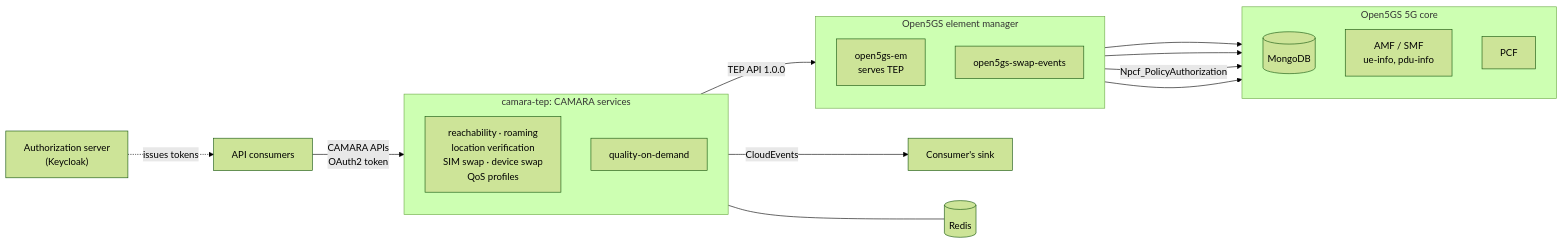
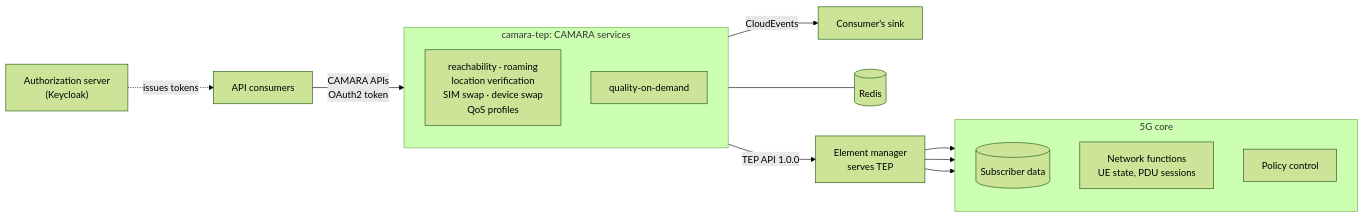
Before and after one commit to p-NET-Emerging-Networks-Verticals/tep-architecture: the diagram in README.md, drawn with Mermaid (forest theme). The commit also changed other lines of this file and 6 other files, not shown here.

First line of the commit message:
Make docs core-agnostic and move Open5GS details to their own page

````diff
--- a/README.md
+++ b/README.md
@@ -18,36 +18,31 @@
 ```mermaid
 flowchart LR
     consumer["API consumers"]
     sink["Consumer's sink"]
     keycloak["Authorization server<br/>(Keycloak)"]
 
     subgraph camara["camara-tep: CAMARA services"]
         direction TB
         reads["reachability · roaming<br/>location verification<br/>SIM swap · device swap<br/>QoS profiles"]
         qod["quality-on-demand"]
     end
     redis[("Redis")]
 
-    subgraph em5gc["Open5GS element manager"]
+    em["Element manager<br/>serves TEP"]
+
+    subgraph core["5G core"]
         direction TB
-        em["open5gs-em<br/>serves TEP"]
-        swap["open5gs-swap-events"]
-    end
-
-    subgraph core["Open5GS 5G core"]
-        direction TB
-        mongo[("MongoDB")]
-        amf["AMF / SMF<br/>ue-info, pdu-info"]
-        pcf["PCF"]
+        data[("Subscriber data")]
+        nfs["Network functions<br/>UE state, PDU sessions"]
+        pcf["Policy control"]
     end
 
     consumer -- "CAMARA APIs<br/>OAuth2 token" --> camara
     keycloak -.->|issues tokens| consumer
     camara -- "TEP API 1.0.0" --> em
     qod --- redis
     qod -- "CloudEvents" --> sink
-    em --> mongo
-    em --> amf
-    em -- "Npcf_PolicyAuthorization" --> pcf
-    swap --> mongo
+    em --> data
+    em --> nfs
+    em --> pcf
 ```
````
